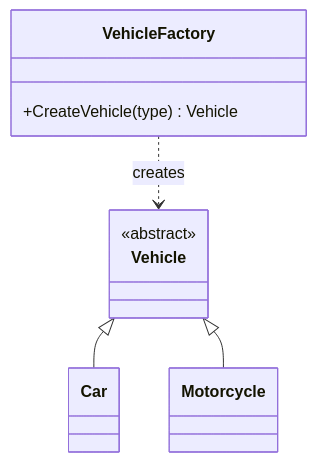
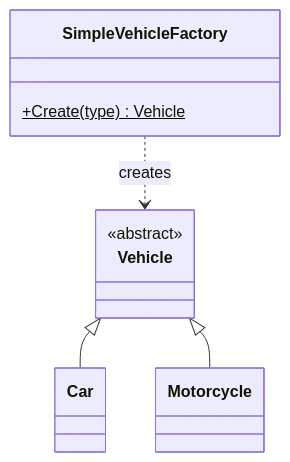
Before and after one commit to tushardongre1990/LLD-Claude: the first of 2 diagrams in 00-Foundations/04-Design-Patterns/Creational/FactoryMethod/notes.md, drawn with Mermaid. The commit also changed other lines of this file and 32 other files, not shown here.

````diff
--- a/00-Foundations/04-Design-Patterns/Creational/FactoryMethod/notes.md
+++ b/00-Foundations/04-Design-Patterns/Creational/FactoryMethod/notes.md
@@ -11,13 +24,13 @@
 ```mermaid
 classDiagram
     class Vehicle { <<abstract>> }
     class Car
     class Motorcycle
     Vehicle <|-- Car
     Vehicle <|-- Motorcycle
 
-    class VehicleFactory {
-        +CreateVehicle(type) Vehicle
+    class SimpleVehicleFactory {
+        +Create(type)$ Vehicle
     }
-    VehicleFactory ..> Vehicle : creates
+    SimpleVehicleFactory ..> Vehicle : creates
 ```
````
